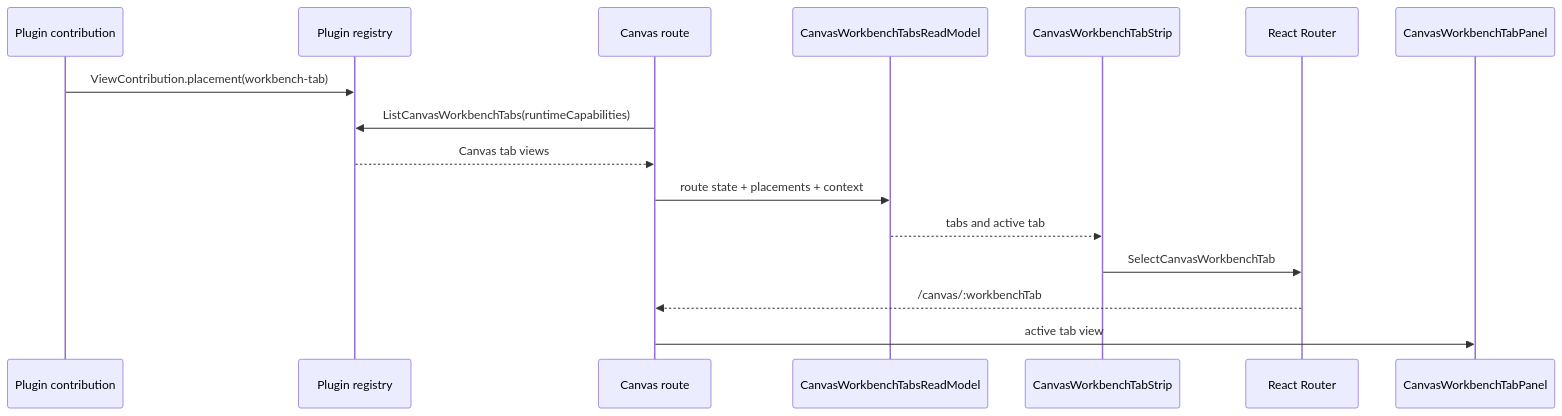
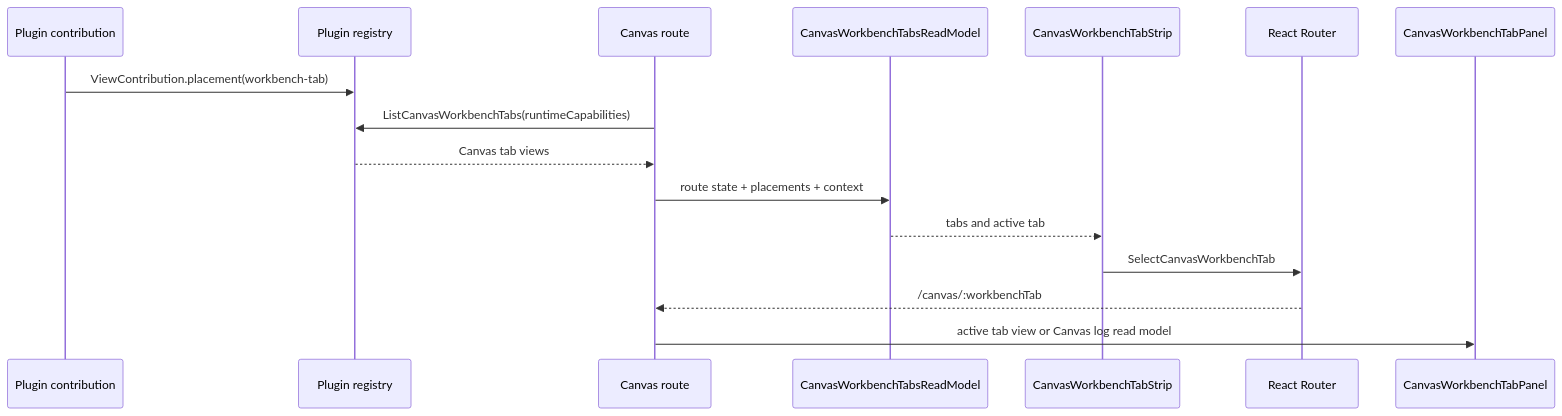
Before and after one commit to dunay2/dvt: the second of 3 diagrams in docs/architecture/components/web/graph/canvas-workbench-tabs-component.md, drawn with Mermaid. The commit also changed other lines of this file and 22 other files, not shown here.

Commit message:
feat(web): Add Canvas workbench log tab

````diff
--- a/docs/architecture/components/web/graph/canvas-workbench-tabs-component.md
+++ b/docs/architecture/components/web/graph/canvas-workbench-tabs-component.md
@@ -166,19 +179,19 @@
 ```mermaid
 sequenceDiagram
     participant Plugin as Plugin contribution
     participant Registry as Plugin registry
     participant Canvas as Canvas route
     participant Model as CanvasWorkbenchTabsReadModel
     participant Strip as CanvasWorkbenchTabStrip
     participant Router as React Router
     participant Panel as CanvasWorkbenchTabPanel
 
     Plugin->>Registry: ViewContribution.placement(workbench-tab)
     Canvas->>Registry: ListCanvasWorkbenchTabs(runtimeCapabilities)
     Registry-->>Canvas: Canvas tab views
     Canvas->>Model: route state + placements + context
     Model-->>Strip: tabs and active tab
     Strip->>Router: SelectCanvasWorkbenchTab
     Router-->>Canvas: /canvas/:workbenchTab
-    Canvas->>Panel: active tab view
+  Canvas->>Panel: active tab view or Canvas log read model
 ```
````
